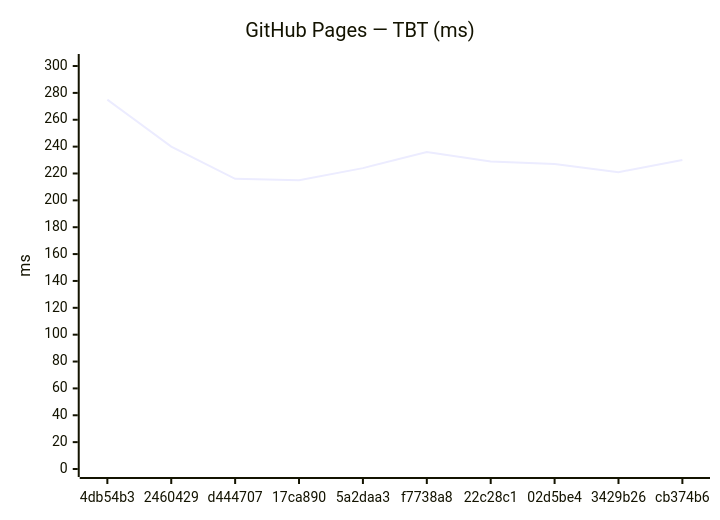
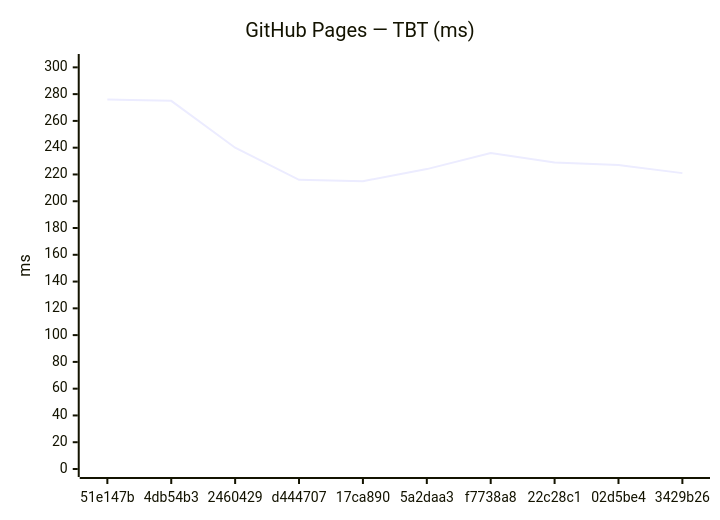
Before and after one commit to Metaheurist/Rianell: the fourth of 18 diagrams in benchmarks/compare.md, drawn with Mermaid. The commit also changed other lines of this file and 11 other files, not shown here.

````diff
--- a/benchmarks/compare.md
+++ b/benchmarks/compare.md
@@ -61,7 +61,7 @@
 ```mermaid
 xychart-beta
     title "GitHub Pages — TBT (ms)"
-    x-axis ["4db54b3", "2460429", "d444707", "17ca890", "5a2daa3", "f7738a8", "22c28c1", "02d5be4", "3429b26", "cb374b6"]
-    y-axis "ms" 0 --> 303
-    line [275, 240, 216, 215, 224, 236, 229, 227, 221, 230]
+    x-axis ["51e147b", "4db54b3", "2460429", "d444707", "17ca890", "5a2daa3", "f7738a8", "22c28c1", "02d5be4", "3429b26"]
+    y-axis "ms" 0 --> 304
+    line [276, 275, 240, 216, 215, 224, 236, 229, 227, 221]
 ```
````
